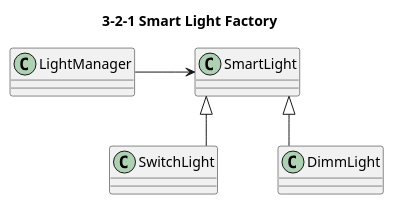
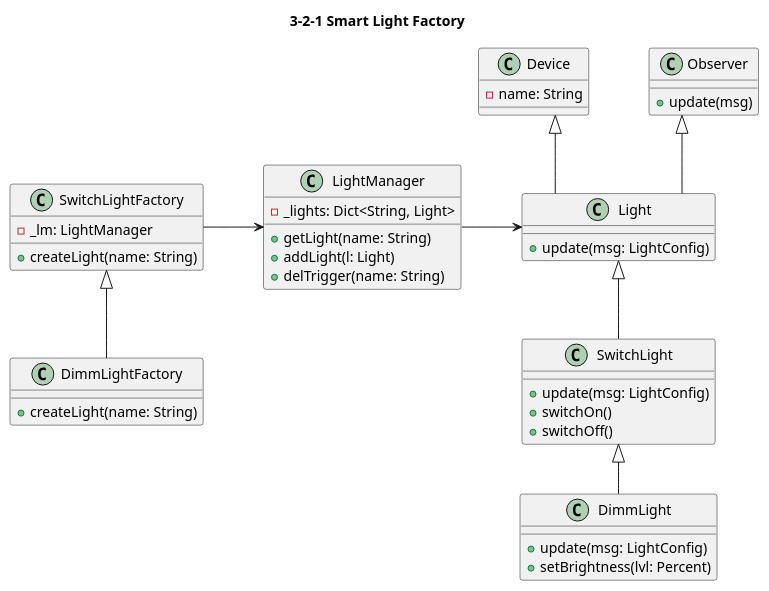
One commit to khanhln2907/Software_Architecture changed the diagram in Assignment/HW3/submission/hw321_factory.pu. Above: the diagram before and after it, drawn with PlantUML. The commit also changed 2 other files, not shown here.

```diff
--- a/Assignment/HW3/submission/hw321_factory.pu
+++ b/Assignment/HW3/submission/hw321_factory.pu
@@ -1,49 +1,77 @@
 @startuml
 ' Settings
 ' ============================
 
 ' use +,#,- instead of icons
 'skinparam classAttributeIconSize 0
 
 ' horizontal distance in px
 skinparam nodesep 60 
 
 ' vertical distance in px
 skinparam ranksep 50
 
 ' use only straight lines (ortho/polyline)
 skinparam linetype ortho
 
 ' title
 title 3-2-1 Smart Light Factory
 
 
 
 ' Abstract Classes
 ' ============================
+class Light{
+    +update(msg: LightConfig)
+}
 
+class Observer{
+    +update(msg)
+}
 
-class SmartLight
-
-
+class Device{
+    -name: String
+}
 
 ' Concrete Classes
 ' ============================
-class LightManager
+class LightManager{
+    -_lights: Dict<String, Light> 
+    +getLight(name: String)
+    +addLight(l: Light)
+    +delTrigger(name: String)
+}
 
-class SwitchLight
+class SwitchLight{
+    +update(msg: LightConfig)
+    +switchOn()
+    +switchOff()
+}
 
-class DimmLight
+class DimmLight{
+    +update(msg: LightConfig)
+    +setBrightness(lvl: Percent)
+}
 
+class SwitchLightFactory{
+    -_lm: LightManager 
+    +createLight(name: String)
+}
 
+class DimmLightFactory{
+    +createLight(name: String)
+}
 
 
 ' Relations
 ' ================================
-LightManager -r-> SmartLight
-
-SwitchLight -u-|> SmartLight
-DimmLight -u-|> SmartLight
+DimmLightFactory -u-|> SwitchLightFactory
+SwitchLightFactory -r-> LightManager
+LightManager -r-> Light
+Light -u-|> Observer
+Light -u-|> Device
+SwitchLight -u-|> Light
+DimmLight -u-|> SwitchLight
 
 
 @enduml
```
